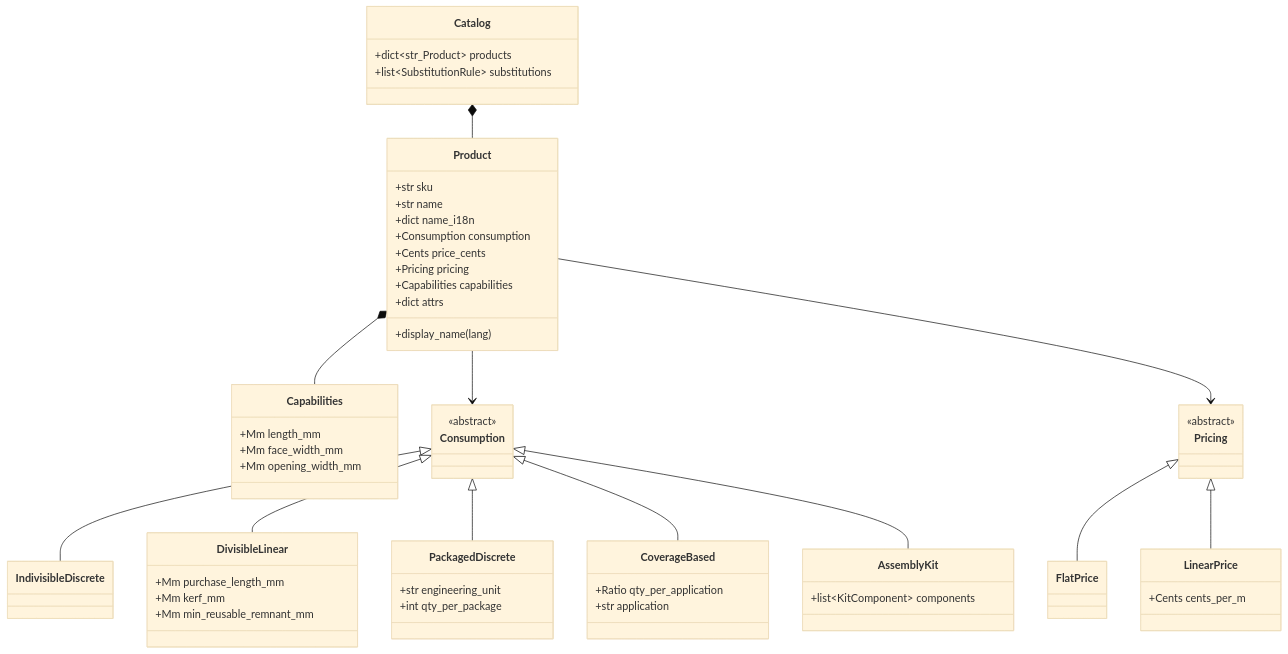
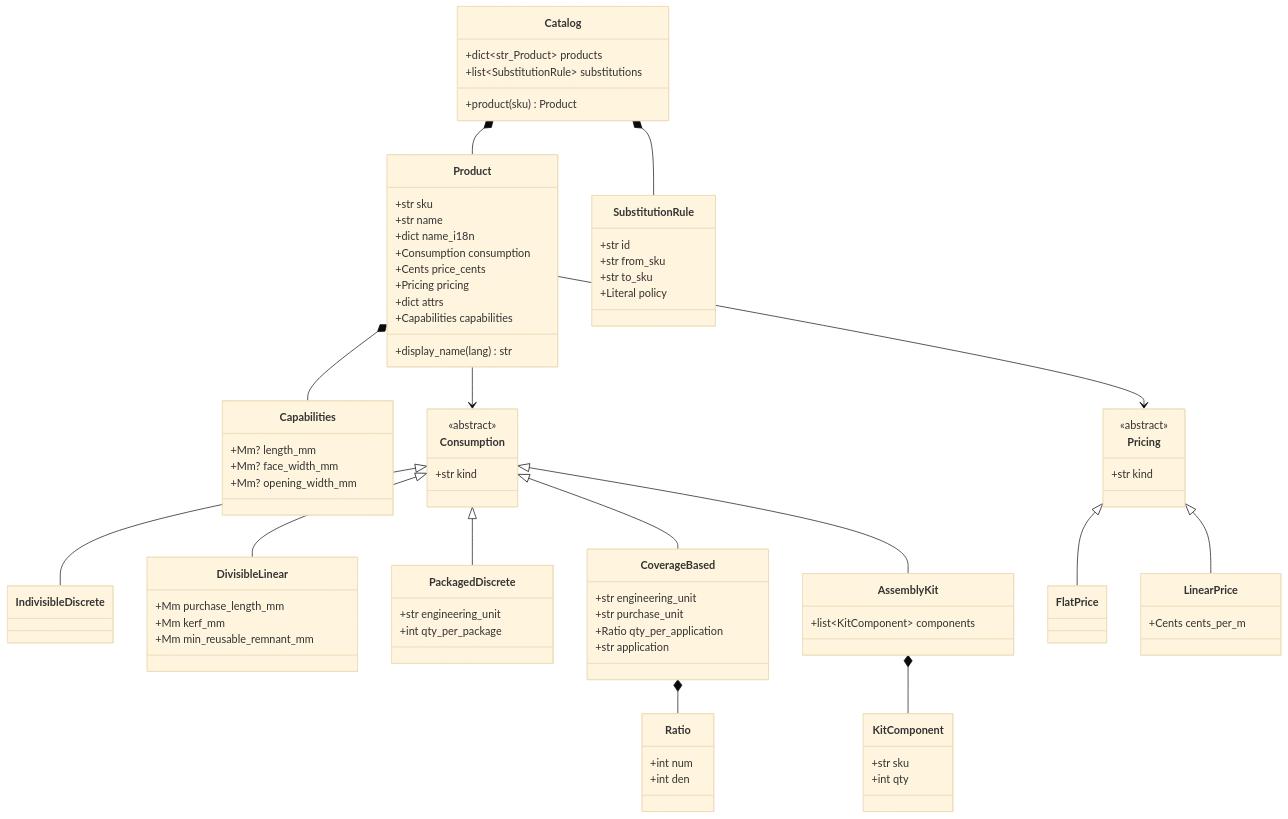
The fourth of 27 diagrams in docs/architecture/02-entities.md (spicysauce1955-stack/BOM), drawn with Mermaid (base theme) before and after one commit. The commit also changed other lines of this file and 14 other files, not shown here.

````diff
--- a/docs/architecture/02-entities.md
+++ b/docs/architecture/02-entities.md
@@ -126,6 +447,7 @@
     class Catalog {
         +dict~str_Product~ products
         +list~SubstitutionRule~ substitutions
+        +product(sku) Product
     }
     class Product {
         +str sku
@@ -134,17 +456,18 @@
         +Consumption consumption
         +Cents price_cents
         +Pricing pricing
+        +dict attrs
         +Capabilities capabilities
-        +dict attrs
-        +display_name(lang)
+        +display_name(lang) str
     }
     class Capabilities {
-        +Mm length_mm
-        +Mm face_width_mm
-        +Mm opening_width_mm
+        +Mm? length_mm
+        +Mm? face_width_mm
+        +Mm? opening_width_mm
     }
     class Consumption {
         <<abstract>>
+        +str kind
     }
     class IndivisibleDiscrete
     class DivisibleLinear {
@@ -157,21 +480,39 @@
         +int qty_per_package
     }
     class CoverageBased {
+        +str engineering_unit
+        +str purchase_unit
         +Ratio qty_per_application
         +str application
     }
     class AssemblyKit {
         +list~KitComponent~ components
     }
+    class KitComponent {
+        +str sku
+        +int qty
+    }
+    class Ratio {
+        +int num
+        +int den
+    }
     class Pricing {
         <<abstract>>
+        +str kind
     }
     class FlatPrice
     class LinearPrice {
         +Cents cents_per_m
     }
+    class SubstitutionRule {
+        +str id
+        +str from_sku
+        +str to_sku
+        +Literal policy
+    }
 
     Catalog *-- Product
+    Catalog *-- SubstitutionRule
     Product *-- Capabilities
     Product --> Consumption
     Product --> Pricing
@@ -180,6 +521,8 @@
     Consumption <|-- PackagedDiscrete
     Consumption <|-- CoverageBased
     Consumption <|-- AssemblyKit
+    AssemblyKit *-- KitComponent
+    CoverageBased *-- Ratio
     Pricing <|-- FlatPrice
     Pricing <|-- LinearPrice
 ```
````
